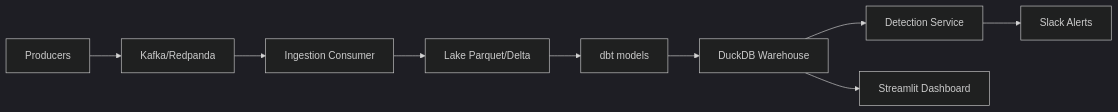
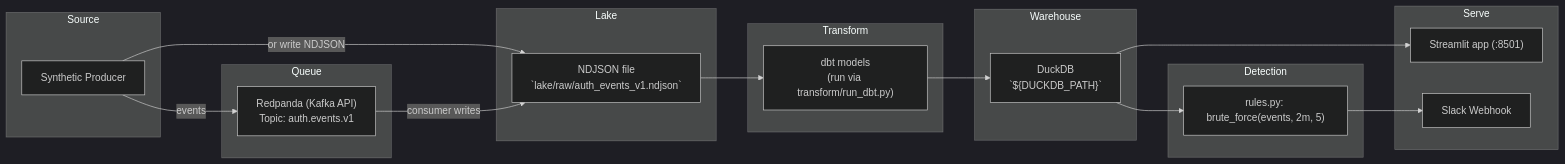
Before and after one commit to Elangley101/Log_Pulse: the first of 2 diagrams in docs/HLD.md, drawn with Mermaid (dark theme). The commit also changed other lines of this file and 21 other files, not shown here.

Commit message:
feat(transform): scaffold dbt project for DuckDB with staging model and >=6 not_null tests; add package __init__ files; cleanup imports

````diff
--- a/docs/HLD.md
+++ b/docs/HLD.md
@@ -16,11 +8,31 @@
 ```mermaid
 flowchart LR
-  P[Producers] --> K[Kafka/Redpanda]
-  K --> C[Ingestion Consumer]
-  C --> L[Lake Parquet/Delta]
-  L --> D[dbt models]
-  D --> W[DuckDB Warehouse]
-  W --> X[Detection Service]
-  X --> A[Slack Alerts]
-  W --> S[Streamlit Dashboard]
+  subgraph Source
+    P["Synthetic Producer"]
+  end
+  subgraph Queue
+    K["Redpanda (Kafka API)\nTopic: auth.events.v1"]
+  end
+  subgraph Lake
+    L["NDJSON file\n`lake/raw/auth_events_v1.ndjson`"]
+  end
+  subgraph Transform
+    D["dbt models\n(run via transform/run_dbt.py)"]
+  end
+  subgraph Warehouse
+    W["DuckDB\n`${DUCKDB_PATH}`"]
+  end
+  subgraph Detection
+    X["rules.py: brute_force(events, 2m, 5)"]
+  end
+  subgraph Serve
+    S["Streamlit app (:8501)"]
+    A["Slack Webhook"]
+  end
+
+  P -->|events| K
+  P -->|or write NDJSON| L
+  K -->|consumer writes| L
+  L --> D --> W --> X --> A
+  W --> S
 ```
````
